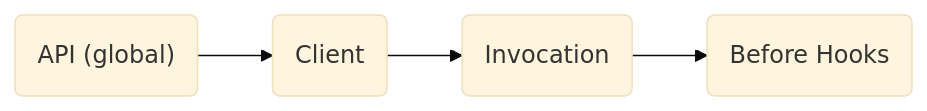
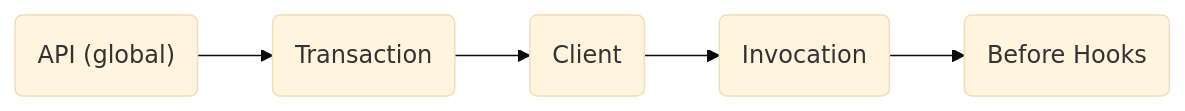
One commit to open-feature/spec changed the diagram in specification/sections/03-evaluation-context.md. Above: the diagram before and after it, drawn with Mermaid (base theme). The commit also changed other lines of this file and 2 other files, not shown here.

````diff
--- a/specification/sections/03-evaluation-context.md
+++ b/specification/sections/03-evaluation-context.md
@@ -102,10 +102,12 @@
 ```mermaid
 flowchart LR
-  global("API (global)")
-  client("Client")
-  invocation("Invocation")
-  hook("Before Hooks")
-  global --> client
-  client --> invocation
-  invocation --> hook
+    global("API (global)")
+    transaction("Transaction")
+    client("Client")
+    invocation("Invocation")
+    hook("Before Hooks")
+    global --> transaction
+    transaction --> client
+    client --> invocation
+    invocation --> hook
 ```
````
